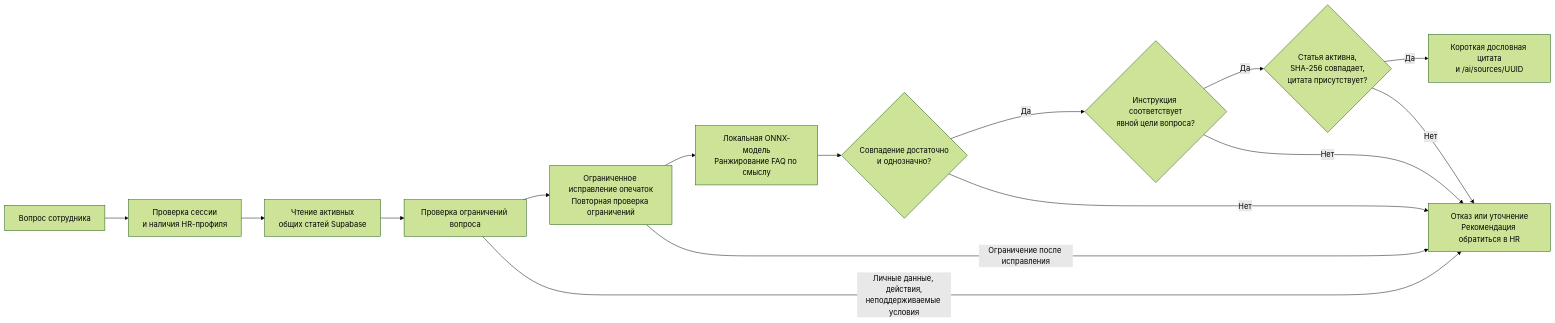
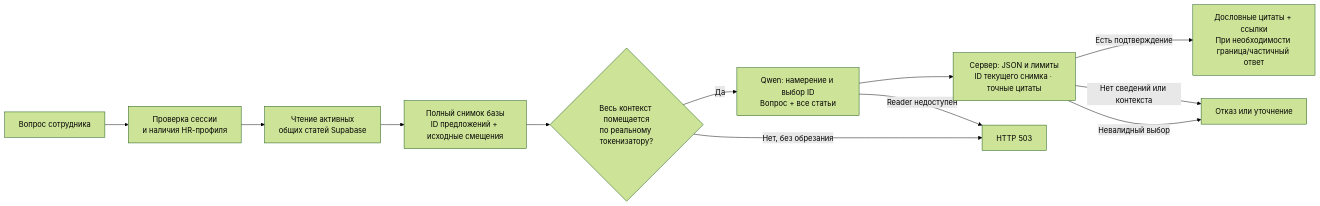
The second of 2 diagrams in docs/architecture.md (Dmitribear/PostTech), drawn with Mermaid (forest theme) before and after one commit. The commit also changed other lines of this file and 132 other files, not shown here.

````diff
--- a/docs/architecture.md
+++ b/docs/architecture.md
@@ -59,17 +61,14 @@
 ```mermaid
 flowchart LR
     q["Вопрос сотрудника"] --> guard["Проверка сессии<br/>и наличия HR-профиля"]
     guard --> articles["Чтение активных<br/>общих статей Supabase"]
-    articles --> filters["Проверка ограничений вопроса"]
-    filters --> normalize["Ограниченное исправление опечаток<br/>Повторная проверка ограничений"]
-    normalize --> rank["Локальная ONNX-модель<br/>Ранжирование FAQ по смыслу"]
-    rank --> confidence{"Совпадение достаточно<br/>и однозначно?"}
-    confidence -->|"Да"| applicable{"Инструкция соответствует<br/>явной цели вопроса?"}
-    applicable -->|"Да"| evidence{"Статья активна,<br/>SHA-256 совпадает,<br/>цитата присутствует?"}
-    evidence -->|"Да"| answer["Короткая дословная цитата<br/>и /ai/sources/UUID"]
-    confidence -->|"Нет"| refusal["Отказ или уточнение<br/>Рекомендация обратиться в HR"]
-    evidence -->|"Нет"| refusal
-    applicable -->|"Нет"| refusal
-    filters -->|"Личные данные, действия,<br/>неподдерживаемые условия"| refusal
-    normalize -->|"Ограничение после исправления"| refusal
+    articles --> snapshot["Полный снимок базы<br/>ID предложений + исходные смещения"]
+    snapshot --> budget{"Весь контекст помещается<br/>по реальному токенизатору?"}
+    budget -->|"Да"| reader["Qwen: намерение и выбор ID<br/>Вопрос + все статьи"]
+    reader --> validate["Сервер: JSON и лимиты<br/>ID текущего снимка · точные цитаты"]
+    validate -->|"Есть подтверждение"| answer["Дословные цитаты + ссылки<br/>При необходимости граница/частичный ответ"]
+    validate -->|"Нет сведений или контекста"| refusal["Отказ или уточнение"]
+    validate -->|"Невалидный выбор"| refusal
+    budget -->|"Нет, без обрезания"| unavailable["HTTP 503"]
+    reader -->|"Reader недоступен"| unavailable
 ```
````
